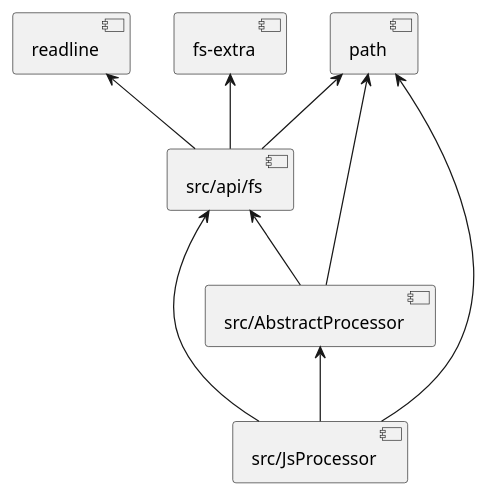
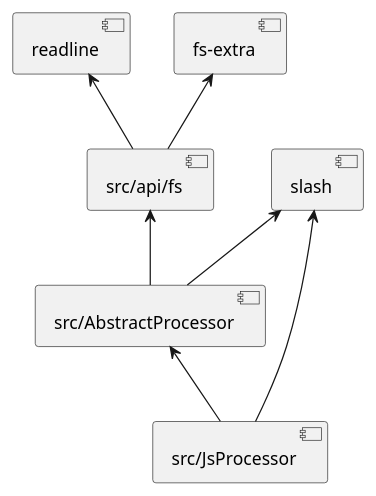
One commit to ljquan/gen-structure changed the first of 3 diagrams in structure.md. Above: the diagram before and after it, drawn with PlantUML. The commit also changed other lines of this file and 4 other files, not shown here.

````diff
--- a/structure.md
+++ b/structure.md
@@ -2,12 +2,10 @@
 ```plantuml
 @startuml
 [src/JsProcessor] -up-> [src/AbstractProcessor]
 [src/AbstractProcessor] -up-> [src/api/fs]
 [src/api/fs] -up-> [fs-extra]
-[src/api/fs] -up-> [path]
 [src/api/fs] -up-> [readline]
-[src/AbstractProcessor] -up-> [path]
-[src/JsProcessor] --> [path]
-[src/JsProcessor] --> [src/api/fs]
+[src/AbstractProcessor] -up-> [slash]
+[src/JsProcessor] -up-> [slash]
 @enduml
 ```
````
